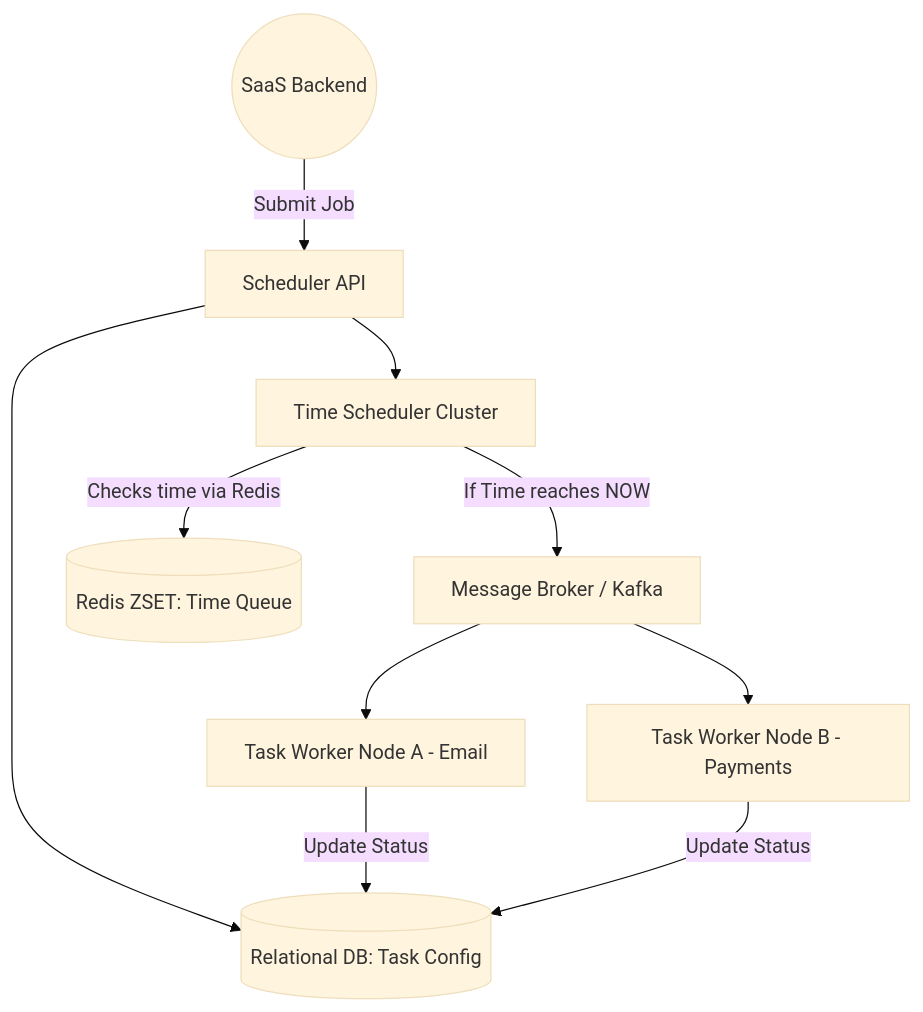
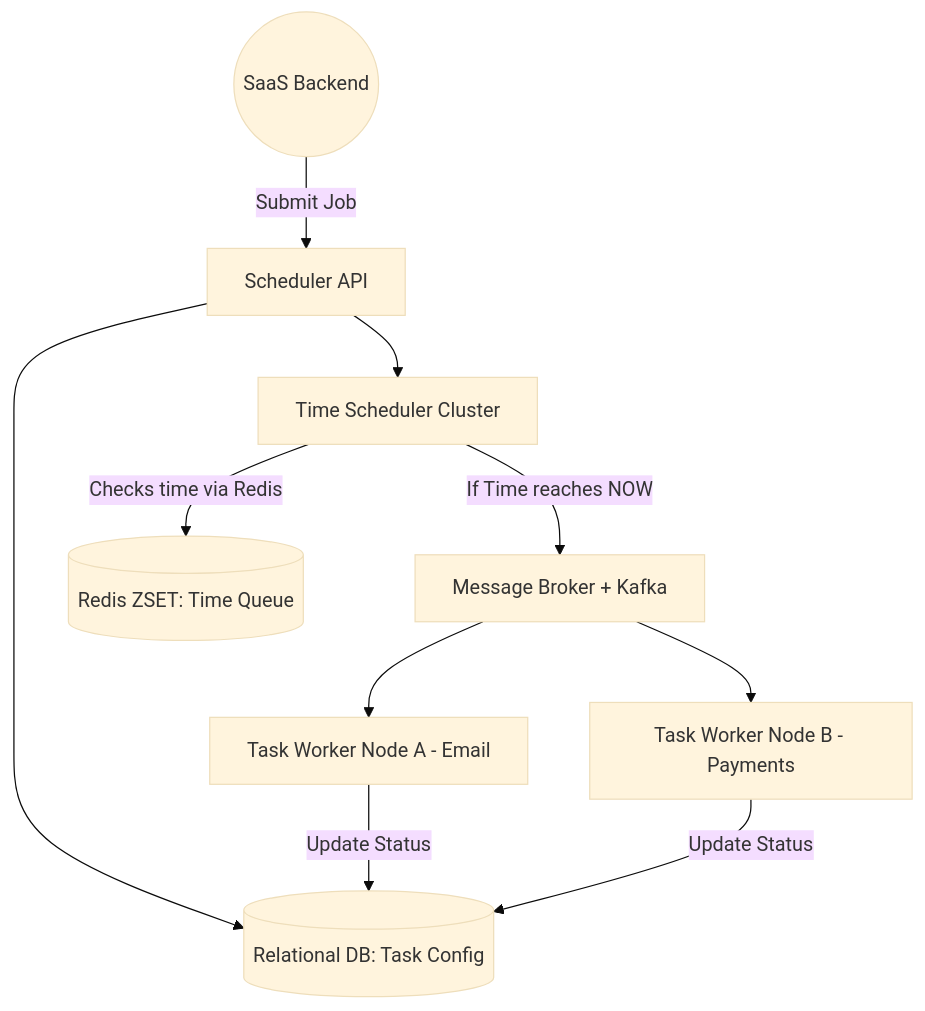
The diagram in Premium-Edition/02_Architectures/19_Distributed_Task_Scheduler.md (Amit506/System-Design), drawn with Mermaid (base theme) before and after one commit. The commit also changed 32 other files, not shown here.

````diff
--- a/Premium-Edition/02_Architectures/19_Distributed_Task_Scheduler.md
+++ b/Premium-Edition/02_Architectures/19_Distributed_Task_Scheduler.md
@@ -33,16 +33,16 @@
 ```mermaid
 graph TD
     Client((SaaS Backend)) -->|Submit Job| API_Gateway[Scheduler API]
     
     API_Gateway --> MetaDB[(Relational DB: Task Config)]
     API_Gateway --> SchedulerNode[Time Scheduler Cluster]
     
     SchedulerNode -->|Checks time via Redis| RedisZSET[(Redis ZSET: Time Queue)]
-    SchedulerNode -->|If Time reaches NOW| Kafka[Message Broker / Kafka]
+    SchedulerNode -->|If Time reaches NOW| Kafka[Message Broker + Kafka]
     
     Kafka --> WorkerA[Task Worker Node A - Email]
     Kafka --> WorkerB[Task Worker Node B - Payments]
     
     WorkerA -->|Update Status| MetaDB
     WorkerB -->|Update Status| MetaDB
 ```
````
